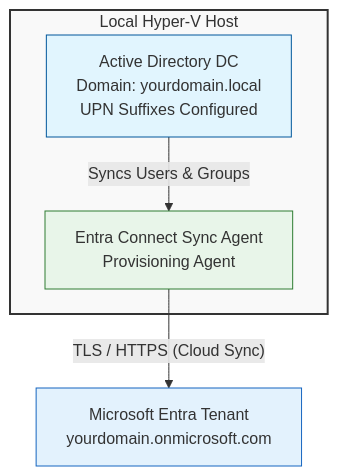
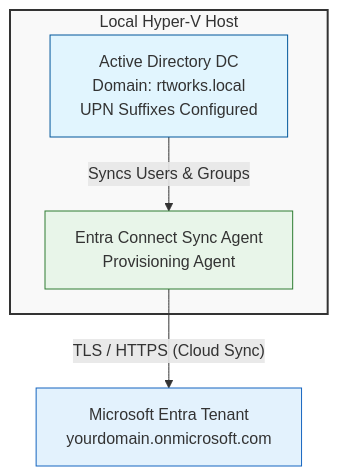
One commit to RashidT/entra-hybrid-identity-lab changed the diagram in README.md. Above: the diagram before and after it, drawn with Mermaid. The commit also changed other lines of this file, not shown here.

````diff
--- a/README.md
+++ b/README.md
@@ -21,15 +22,16 @@
 ```mermaid
 graph TD
     subgraph Host ["Local Hyper-V Host"]
-        AD["Active Directory DC<br/>Domain: yourdomain.local<br/>UPN Suffixes Configured"]
+        AD["Active Directory DC<br/>Domain: rtworks.local<br/>UPN Suffixes Configured"]
         Sync["Entra Connect Sync Agent<br/>Provisioning Agent"]
         AD -->|Syncs Users & Groups| Sync
     end
 
     Sync -->|"TLS / HTTPS (Cloud Sync)"| Entra["Microsoft Entra Tenant<br/>yourdomain.onmicrosoft.com"]
 
     style Host fill:#f9f9f9,stroke:#333,stroke-width:2px
     style AD fill:#e1f5fe,stroke:#01579b,stroke-width:1px
     style Sync fill:#e8f5e9,stroke:#2e7d32,stroke-width:1px
     style Entra fill:#e3f2fd,stroke:#1565c0,stroke-width:1px
-  ```
+
+```
````
